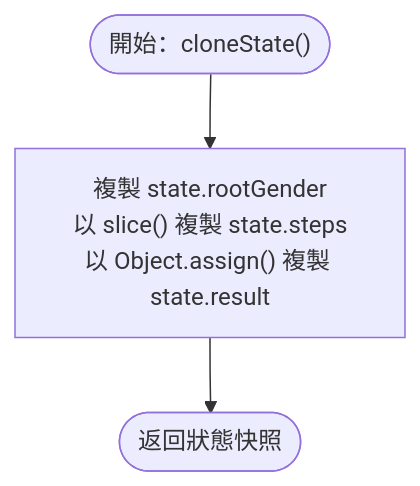
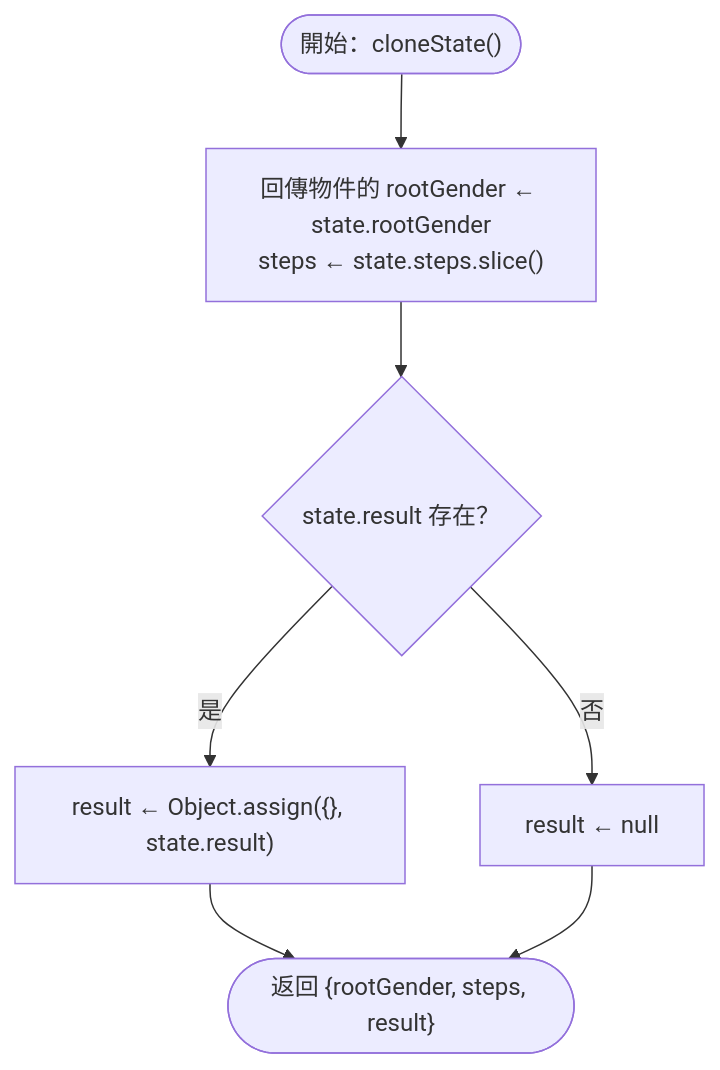
One commit to Chuen666666/hw3 changed diagram 12 of 29 in README.md. Above: the diagram before and after it, drawn with Mermaid. The commit also changed other lines of this file, not shown here.

Commit message:
修正流程圖執行順序與狀態複製

````diff
--- a/README.md
+++ b/README.md
@@ -147,5 +147,9 @@
 ```mermaid
 flowchart TD
-    START(["開始：cloneState()"]) --> COPY["複製 state.rootGender<br/>以 slice() 複製 state.steps<br/>以 Object.assign() 複製 state.result"]
-    COPY --> RETURN(["返回狀態快照"])
+    START(["開始：cloneState()"]) --> COPY["回傳物件的 rootGender ← state.rootGender<br/>steps ← state.steps.slice()"]
+    COPY --> HAS_RESULT{"state.result 存在？"}
+    HAS_RESULT -- "是" --> COPY_RESULT["result ← Object.assign({}, state.result)"]
+    HAS_RESULT -- "否" --> NULL_RESULT["result ← null"]
+    COPY_RESULT --> RETURN(["返回 {rootGender, steps, result}"])
+    NULL_RESULT --> RETURN
 ```
````
